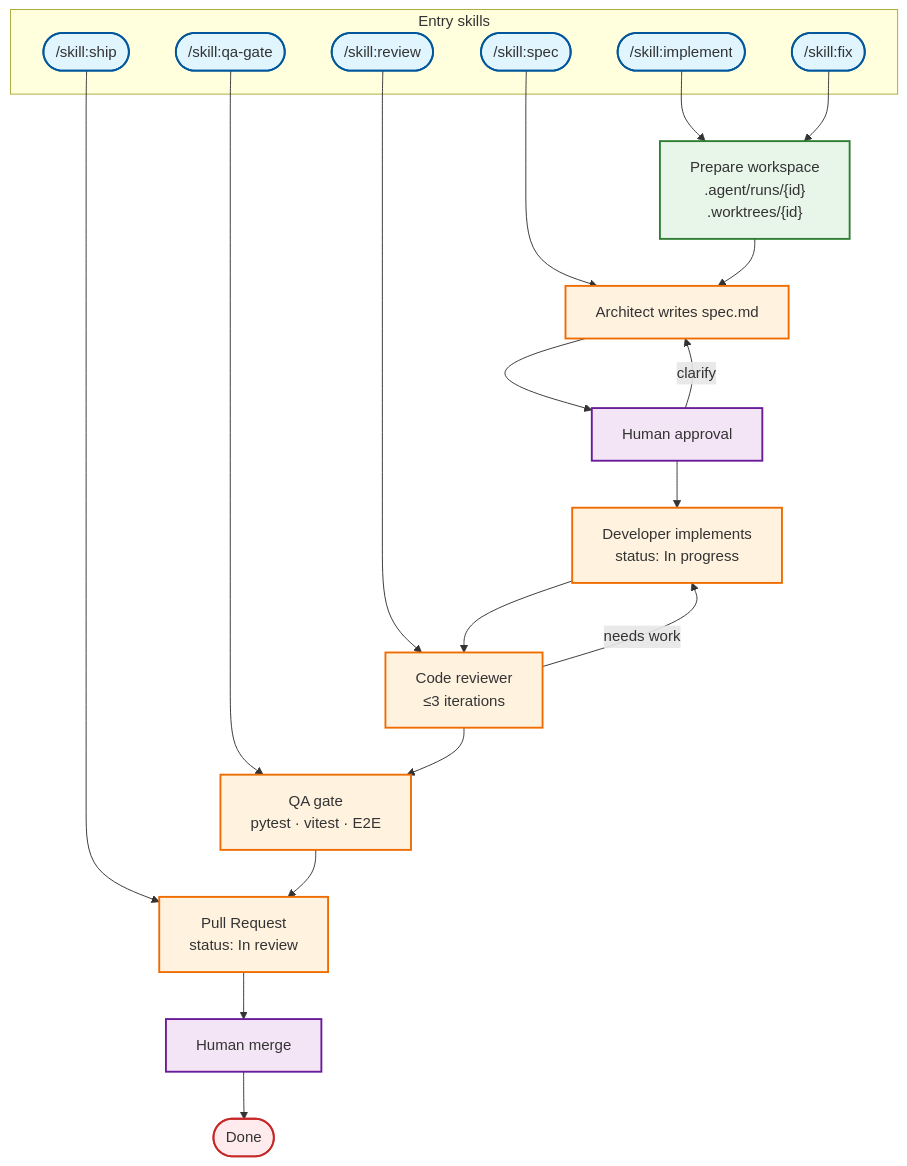
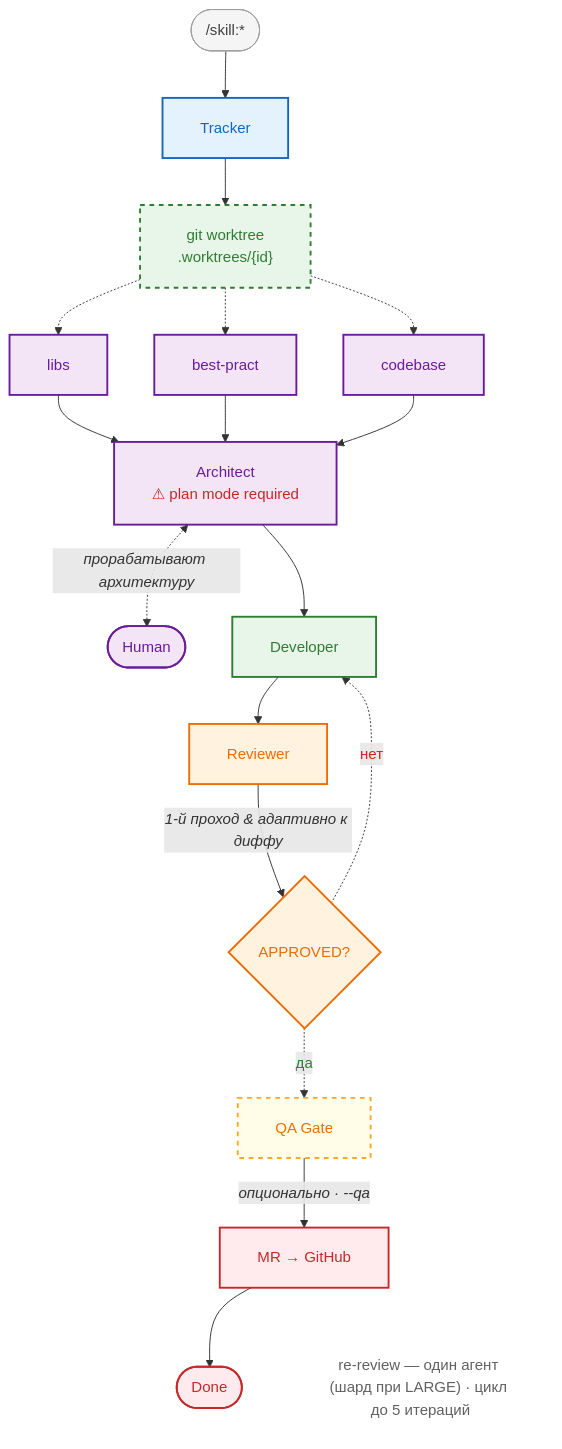
Before and after one commit to EvgeniyElmanov/promelectron: the diagram in docs/ai-agent-pipeline.mmd, drawn with Mermaid. The commit also changed 1 other file, not shown here.

Commit message:
docs: update AI agent pipeline diagram to match reference style

```diff
--- a/docs/ai-agent-pipeline.mmd
+++ b/docs/ai-agent-pipeline.mmd
@@ -1,43 +1,57 @@
-%%{init: {'flowchart': {'curve': 'basis', 'padding': 16}}}%%
+%%{init: {'flowchart': {'curve': 'basis', 'padding': 20}}}%%
 flowchart TD
-    subgraph Entry ["Entry skills"]
-        IMP(["/skill:implement"])
-        FIX(["/skill:fix"])
-        SPEC(["/skill:spec"])
-        REV(["/skill:review"])
-        QA(["/skill:qa-gate"])
-        SHIP(["/skill:ship"])
-    end
+    Entry(["/skill:*"])
+    Entry --> Tracker
 
-    IMP --> Prep
-    FIX --> Prep
-    SPEC --> Plan
-    REV --> Review
-    QA --> Test
-    SHIP --> PR
+    Tracker["Tracker"]
+    Tracker --> Worktree
 
-    Prep["Prepare workspace<br/>.agent/runs/{id}<br/>.worktrees/{id}"] --> Plan
+    Worktree["git worktree<br/>.worktrees/{id}"]
+    Worktree -.-> libs["libs"]
+    Worktree -.-> best["best-pract"]
+    Worktree -.-> code["codebase"]
 
-    Plan["Architect writes spec.md"] --> Approve
-    Approve["Human approval"] -->|clarify| Plan
-    Approve --> Dev
+    libs --> Architect
+    best --> Architect
+    code --> Architect
 
-    Dev["Developer implements<br/>status: In progress"] --> Review
-    Review["Code reviewer<br/>≤3 iterations"] -->|needs work| Dev
-    Review --> Test
+    Architect["Architect<br/><font color='#c62828'>⚠ plan mode required</font>"] <-.->|<i>прорабатывают архитектуру</i>| Human([Human])
 
-    Test["QA gate<br/>pytest · vitest · E2E"] --> PR
-    PR["Pull Request<br/>status: In review"] --> Merge
-    Merge["Human merge"] --> Done(["Done"])
+    Architect --> Dev["Developer"]
 
-    classDef entry fill:#e1f5ff,stroke:#01579b,stroke-width:2px
-    classDef coord fill:#e8f5e9,stroke:#2e7d32,stroke-width:2px
-    classDef human fill:#f3e5f5,stroke:#6a1b9a,stroke-width:2px
-    classDef agent fill:#fff3e0,stroke:#ef6c00,stroke-width:2px
-    classDef final fill:#ffebee,stroke:#c62828,stroke-width:2px
+    Dev --> Reviewer["Reviewer"]
+    Reviewer -->|<i>1-й проход & адаптивно к диффу</i>| Approved{APPROVED?}
+    Approved -.->|<font color='#c62828'>нет</font>| Dev
+    Approved -.->|<font color='#2e7d32'>да</font>| QA_Gate
 
-    class IMP,FIX,SPEC,REV,QA,SHIP entry
-    class Prep coord
-    class Approve,Merge human
-    class Plan,Dev,Review,Test,PR agent
-    class Done final
+    QA_Gate["QA Gate"] -->|<i>опционально · --qa</i>| MR
+
+    MR["MR → GitHub"] --> Done([Done])
+
+    noteBottom["re-review — один агент (шард при LARGE) · цикл до 5 итераций"]
+    MR ~~~ noteBottom
+
+    classDef entry fill:#f5f5f5,stroke:#9e9e9e,stroke-width:1px,color:#424242
+    classDef tracker fill:#e3f2fd,stroke:#1565c0,stroke-width:2px,color:#1565c0
+    classDef worktree fill:#e8f5e9,stroke:#2e7d32,stroke-width:2px,stroke-dasharray:5 5,color:#2e7d32
+    classDef research fill:#f3e5f5,stroke:#6a1b9a,stroke-width:2px,color:#6a1b9a
+    classDef human fill:#f3e5f5,stroke:#6a1b9a,stroke-width:2px,color:#6a1b9a
+    classDef dev fill:#e8f5e9,stroke:#2e7d32,stroke-width:2px,color:#2e7d32
+    classDef review fill:#fff3e0,stroke:#ef6c00,stroke-width:2px,color:#ef6c00
+    classDef qa fill:#fffde7,stroke:#f9a825,stroke-width:2px,stroke-dasharray:5 5,color:#ef6c00
+    classDef ship fill:#ffebee,stroke:#c62828,stroke-width:2px,color:#c62828
+    classDef note fill:none,stroke:none,color:#616161
+
+    class Entry entry
+    class Tracker tracker
+    class Worktree worktree
+    class libs,best,code research
+    class Architect human
+    class Human human
+    class Dev dev
+    class Reviewer review
+    class Approved review
+    class QA_Gate qa
+    class MR ship
+    class Done ship
+    class noteBottom note
```
